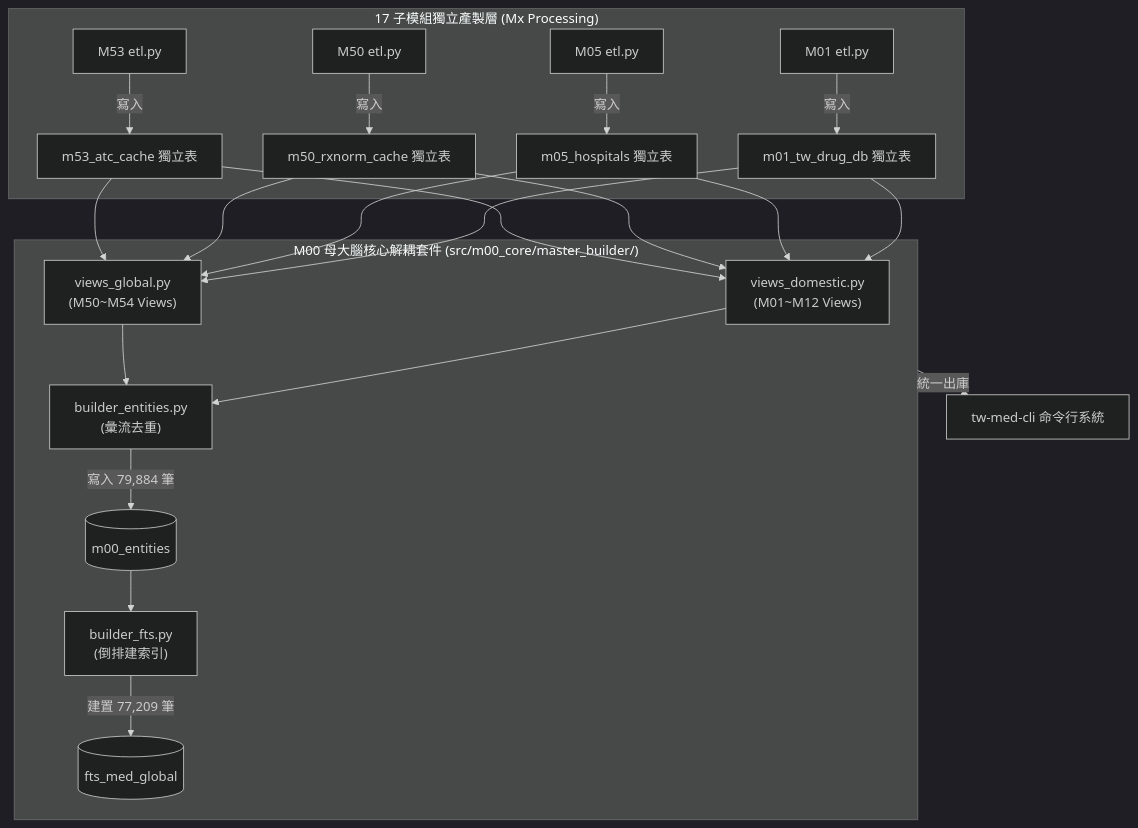
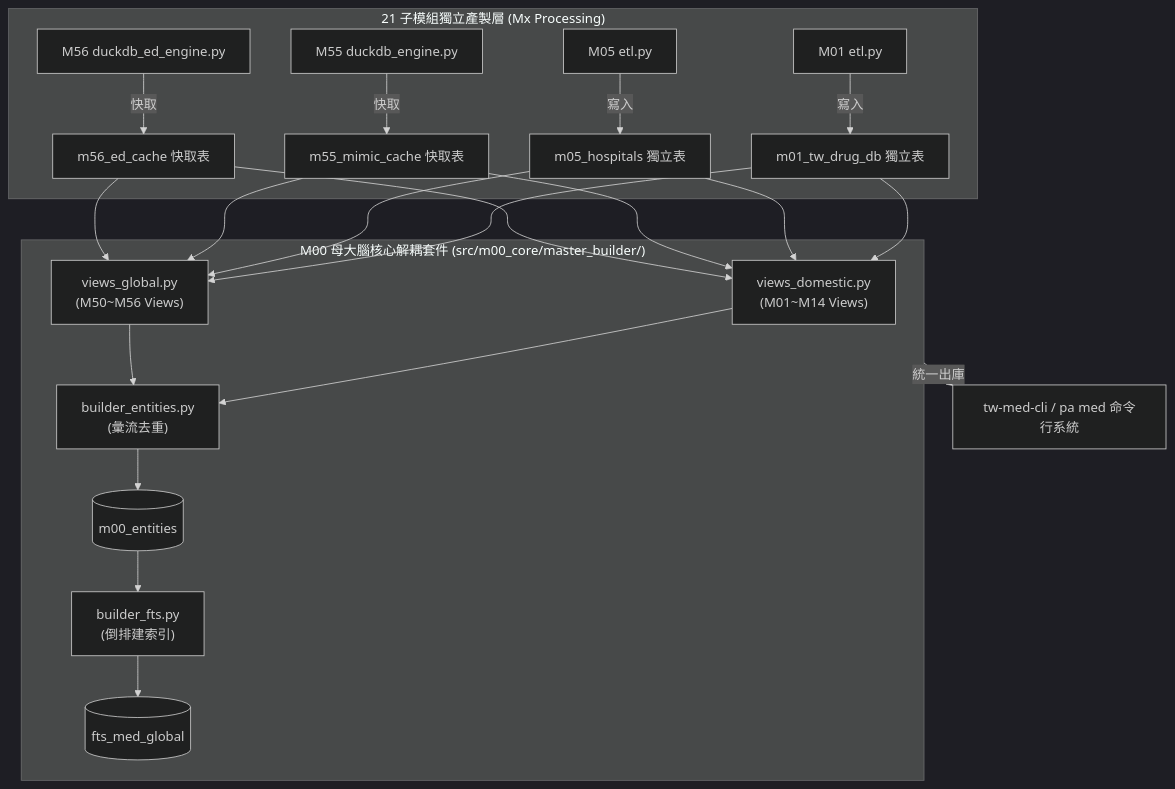
The third of 4 diagrams in book/02_architecture_and_models.md (wuulong/tw-med-db), drawn with Mermaid (dark theme) before and after one commit. The commit also changed other lines of this file and 30 other files, not shown here.

````diff
--- a/book/02_architecture_and_models.md
+++ b/book/02_architecture_and_models.md
@@ -97,24 +92,24 @@
 ```mermaid
 flowchart TB
-    subgraph Mx_Submodules["17 子模組獨立產製層 (Mx Processing)"]
+    subgraph Mx_Submodules["21 子模組獨立產製層 (Mx Processing)"]
         M01_ETL["M01 etl.py"] -->|寫入| T_M01["m01_tw_drug_db 獨立表"]
         M05_ETL["M05 etl.py"] -->|寫入| T_M05["m05_hospitals 獨立表"]
-        M50_ETL["M50 etl.py"] -->|寫入| T_M50["m50_rxnorm_cache 獨立表"]
-        M53_ETL["M53 etl.py"] -->|寫入| T_M53["m53_atc_cache 獨立表"]
+        M55_ETL["M55 duckdb_engine.py"] -->|快取| T_M55["m55_mimic_cache 快取表"]
+        M56_ETL["M56 duckdb_ed_engine.py"] -->|快取| T_M56["m56_ed_cache 快取表"]
     end
 
     subgraph Master_Builder["M00 母大腦核心解耦套件 (src/m00_core/master_builder/)"]
-        views_dom["views_domestic.py<br>(M01~M12 Views)"]
-        views_glo["views_global.py<br>(M50~M54 Views)"]
+        views_dom["views_domestic.py<br>(M01~M14 Views)"]
+        views_glo["views_global.py<br>(M50~M56 Views)"]
         builder_ent["builder_entities.py<br>(彙流去重)"]
         builder_fts["builder_fts.py<br>(倒排建索引)"]
 
-        T_M01 & T_M05 & T_M50 & T_M53 --> views_dom & views_glo
+        T_M01 & T_M05 & T_M55 & T_M56 --> views_dom & views_glo
         views_dom & views_glo --> builder_ent
-        builder_ent -->|寫入 79,884 筆| Entities_Table[("m00_entities")]
+        builder_ent --> Entities_Table[("m00_entities")]
         Entities_Table --> builder_fts
-        builder_fts -->|建置 77,209 筆| FTS_Index[("fts_med_global")]
+        builder_fts --> FTS_Index[("fts_med_global")]
     end
 
-    Master_Builder -->|統一出庫| CLI_App["tw-med-cli 命令行系統"]
+    Master_Builder -->|統一出庫| CLI_App["tw-med-cli / pa med 命令行系統"]
 ```
````
